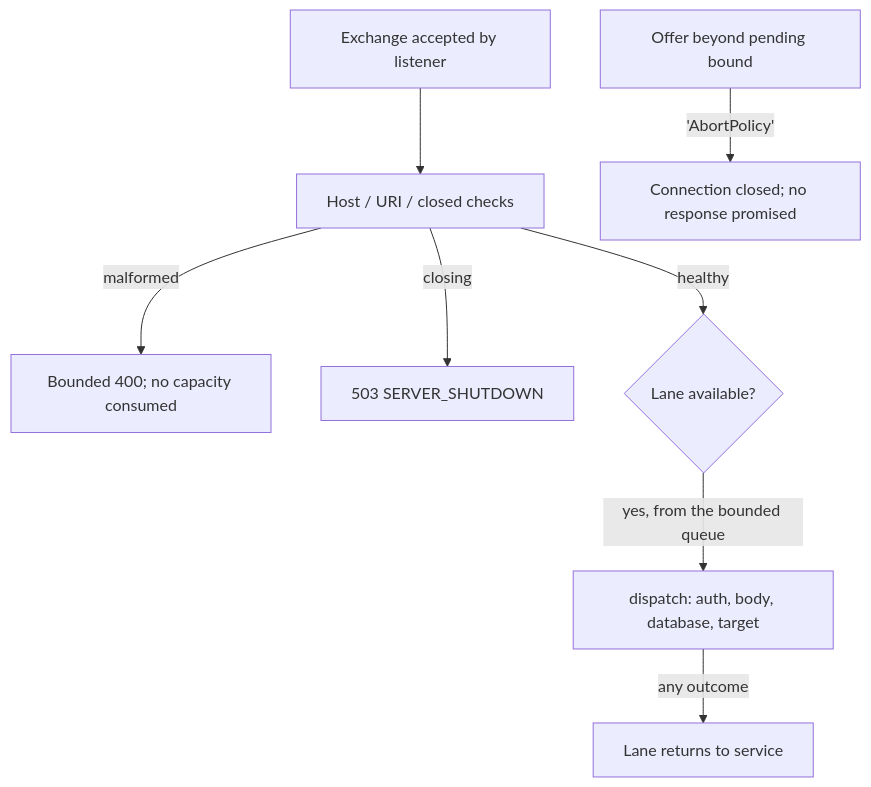
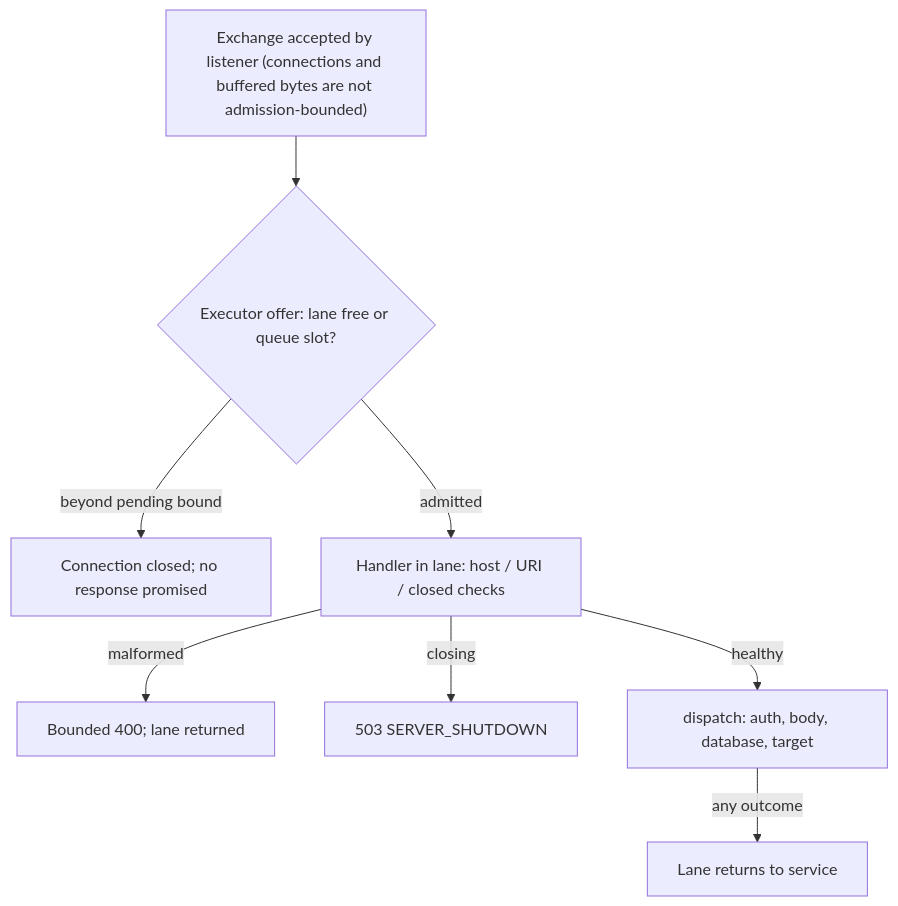
Before and after one commit to hemantkgupta/tracepermit: the diagram in docs/architecture/0050-bounded-simulator-approval-admission.md, drawn with Mermaid. The commit also changed other lines of this file and 2 other files, not shown here.

First line of the commit message:
test(adapters-http): harden admission close discipline and promote probes

````diff
--- a/docs/architecture/0050-bounded-simulator-approval-admission.md
+++ b/docs/architecture/0050-bounded-simulator-approval-admission.md
@@ -101,10 +118,10 @@
 ```mermaid
 flowchart TD
-  A["Exchange accepted by listener"] --> B["Host / URI / closed checks"]
-  B -->|"malformed"| C["Bounded 400; no capacity consumed"]
+  A["Exchange accepted by listener (connections and buffered bytes are not admission-bounded)"] --> O{"Executor offer: lane free or queue slot?"}
+  O -->|"beyond pending bound"| I["Connection closed; no response promised"]
+  O -->|"admitted"| B["Handler in lane: host / URI / closed checks"]
+  B -->|"malformed"| C["Bounded 400; lane returned"]
   B -->|"closing"| D["503 SERVER_SHUTDOWN"]
-  B -->|"healthy"| E{"Lane available?"}
-  E -->|"yes, from the bounded queue"| F["dispatch: auth, body, database, target"]
+  B -->|"healthy"| F["dispatch: auth, body, database, target"]
   F -->|"any outcome"| G["Lane returns to service"]
-  H["Offer beyond pending bound"] -->|"'AbortPolicy'"| I["Connection closed; no response promised"]
 ```
````
